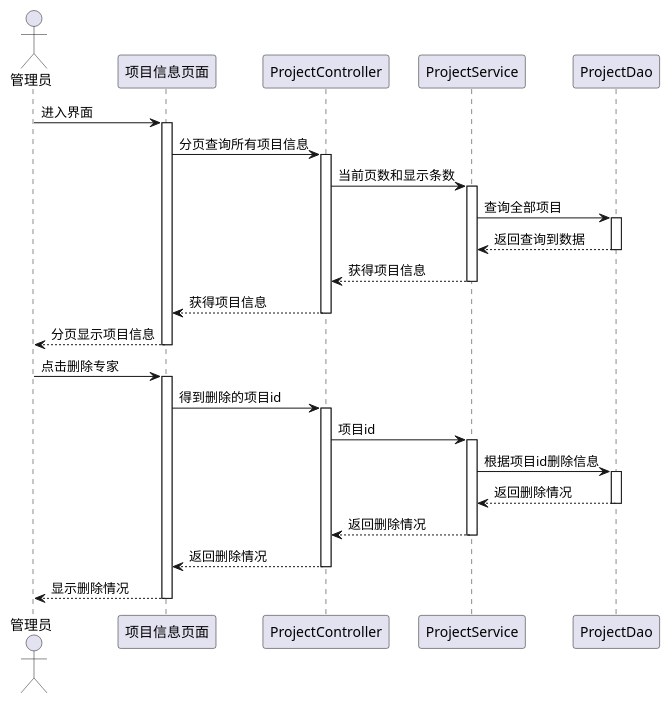
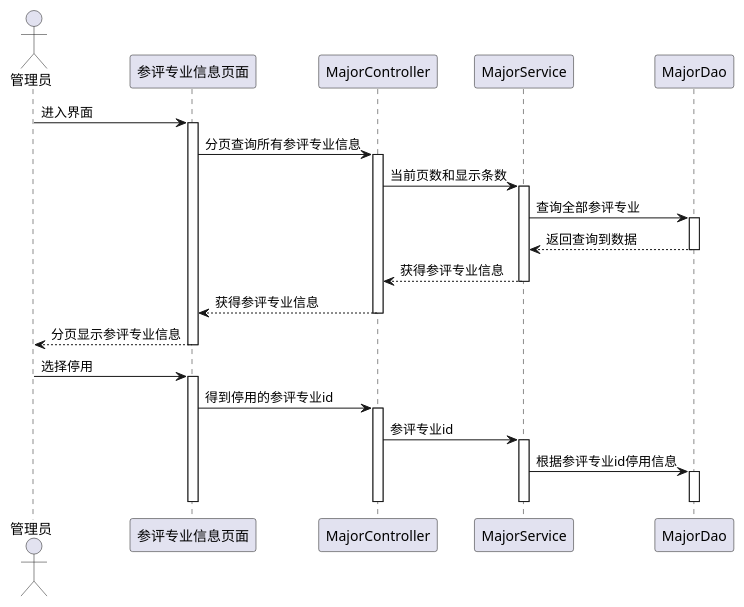
Before and after one commit to jinmingyong/expert_system: the diagram in src/main/java/com/jin/expertsystem/expertsystem/管理员停用专业.puml, drawn with PlantUML. The commit also changed 13 other files, not shown here.

```diff
--- a/src/main/java/com/jin/expertsystem/expertsystem/管理员停用专业.puml
+++ b/src/main/java/com/jin/expertsystem/expertsystem/管理员停用专业.puml
@@ -1,40 +1,36 @@
 @startuml
 actor 管理员
-participant 项目信息页面
-participant ProjectController
-participant ProjectService
-participant ProjectDao
-管理员->项目信息页面:进入界面
-activate 项目信息页面
-项目信息页面->ProjectController:分页查询所有项目信息
-activate ProjectController
-ProjectController->ProjectService:当前页数和显示条数
-activate ProjectService
-ProjectService->ProjectDao:查询全部项目
-activate ProjectDao
-ProjectDao-->ProjectService:返回查询到数据
-deactivate ProjectDao
-ProjectService-->ProjectController:获得项目信息
-deactivate ProjectService
-ProjectController-->项目信息页面:获得项目信息
-deactivate ProjectController
-项目信息页面-->管理员:分页显示项目信息
-deactivate 项目信息页面
+participant 参评专业信息页面
+participant MajorController
+participant MajorService
+participant MajorDao
+管理员->参评专业信息页面:进入界面
+activate 参评专业信息页面
+参评专业信息页面->MajorController:分页查询所有参评专业信息
+activate MajorController
+MajorController->MajorService:当前页数和显示条数
+activate MajorService
+MajorService->MajorDao:查询全部参评专业
+activate MajorDao
+MajorDao-->MajorService:返回查询到数据
+deactivate MajorDao
+MajorService-->MajorController:获得参评专业信息
+deactivate MajorService
+MajorController-->参评专业信息页面:获得参评专业信息
+deactivate MajorController
+参评专业信息页面-->管理员:分页显示参评专业信息
+deactivate 参评专业信息页面
 
-管理员->项目信息页面:点击删除专家
-activate 项目信息页面
-项目信息页面->ProjectController:得到删除的项目id
-activate ProjectController
-ProjectController->ProjectService:项目id
-activate ProjectService
-ProjectService->ProjectDao:根据项目id删除信息
-activate ProjectDao
-ProjectDao-->ProjectService:返回删除情况
-deactivate ProjectDao
-ProjectService-->ProjectController:返回删除情况
-deactivate ProjectService
-ProjectController-->项目信息页面:返回删除情况
-deactivate ProjectController
-项目信息页面-->管理员:显示删除情况
-deactivate 项目信息页面
+管理员->参评专业信息页面:选择停用
+activate 参评专业信息页面
+参评专业信息页面->MajorController:得到停用的参评专业id
+activate MajorController
+MajorController->MajorService:参评专业id
+activate MajorService
+MajorService->MajorDao:根据参评专业id停用信息
+activate MajorDao
+deactivate MajorDao
+deactivate MajorService
+deactivate MajorController
+deactivate 参评专业信息页面
 @enduml
```
